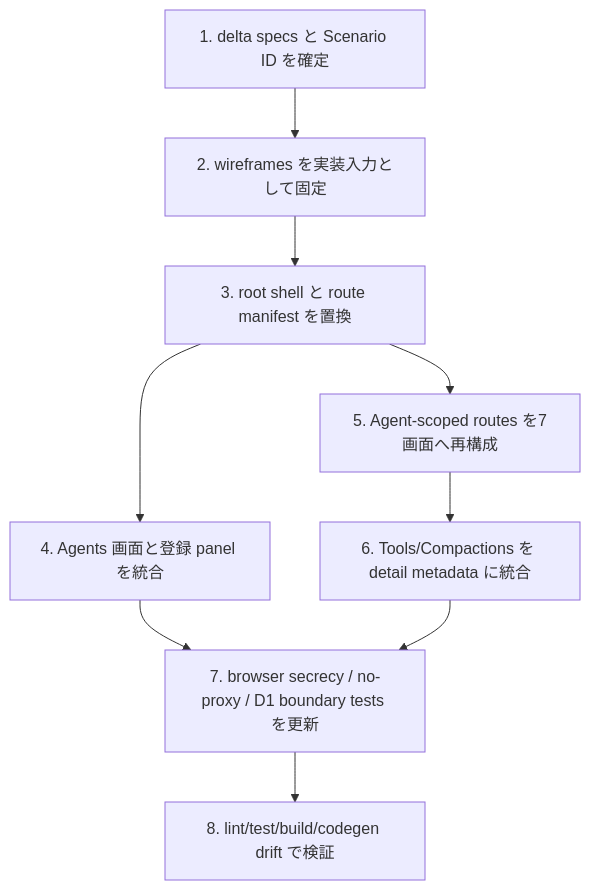
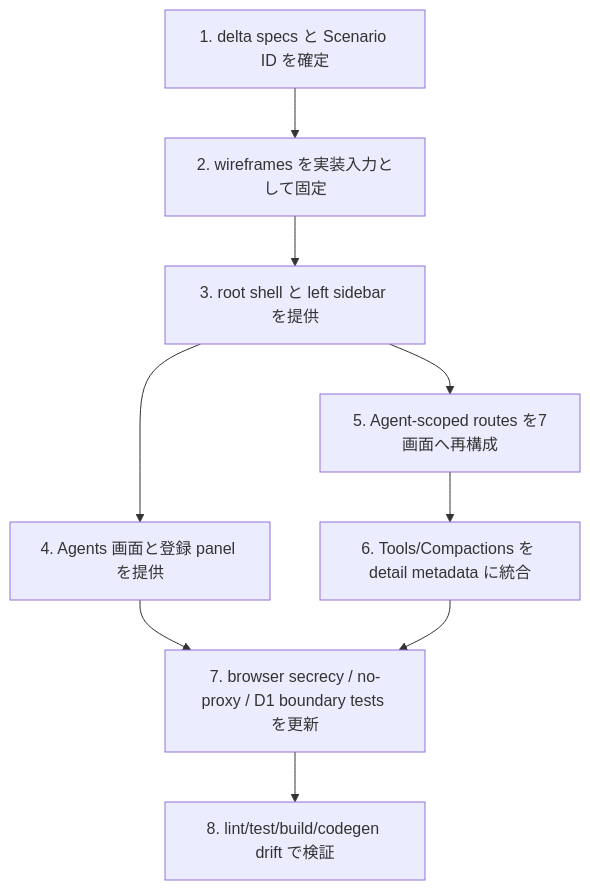
Before and after one commit to Suzlun/cf-tamac: the sixth of 6 diagrams in openspec/changes/redesign-management-client-ui/design.md, drawn with Mermaid. The commit also changed other lines of this file and 13 other files, not shown here.

````diff
--- a/openspec/changes/redesign-management-client-ui/design.md
+++ b/openspec/changes/redesign-management-client-ui/design.md
@@ -321,11 +321,11 @@
 ```mermaid
 flowchart TD
   T1[1. delta specs と Scenario ID を確定] --> T2[2. wireframes を実装入力として固定]
-  T2 --> T3[3. root shell と route manifest を置換]
-  T3 --> T4[4. Agents 画面と登録 panel を統合]
+  T2 --> T3[3. root shell と left sidebar を提供]
+  T3 --> T4[4. Agents 画面と登録 panel を提供]
   T3 --> T5[5. Agent-scoped routes を7画面へ再構成]
   T5 --> T6[6. Tools/Compactions を detail metadata に統合]
   T4 --> T7[7. browser secrecy / no-proxy / D1 boundary tests を更新]
   T6 --> T7
   T7 --> T8[8. lint/test/build/codegen drift で検証]
 ```
````
